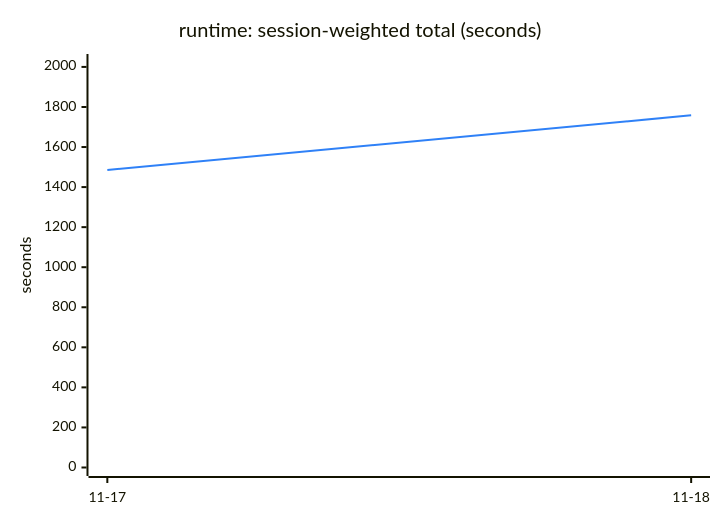
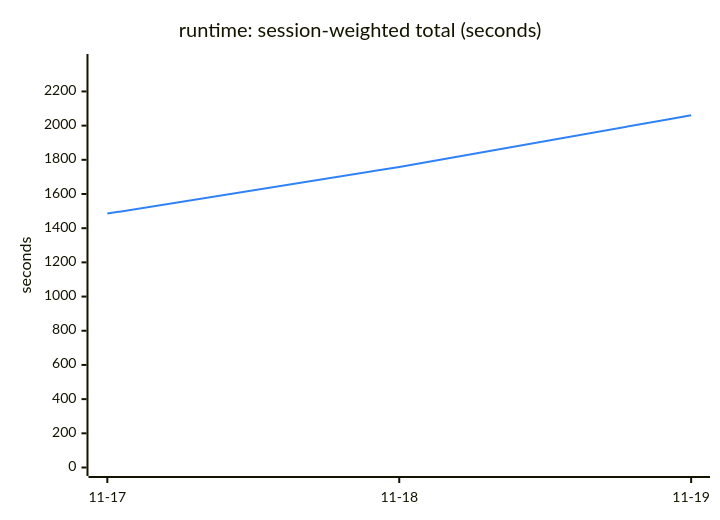
Before and after one commit to Ricovl/mxcli: the sixth of 6 diagrams in TREND.md, drawn with Mermaid. The commit also changed other lines of this file and 2 other files, not shown here.

````diff
--- a/TREND.md
+++ b/TREND.md
@@ -137,13 +137,13 @@
 ```mermaid
 ---
 config:
   themeVariables:
     xyChart:
       plotColorPalette: "#2f81f7"
 ---
 xychart-beta
     title "runtime: session-weighted total (seconds)"
-    x-axis ["11-17", "11-18"]
-    y-axis "seconds" 0 --> 2022.04
-    line [1485.35, 1758.30]
+    x-axis ["11-17", "11-18", "11-19"]
+    y-axis "seconds" 0 --> 2369.30
+    line [1485.35, 1758.30, 2060.26]
 ```
````
